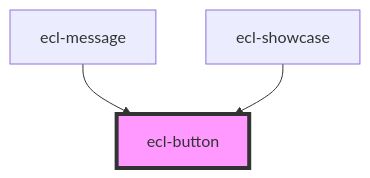
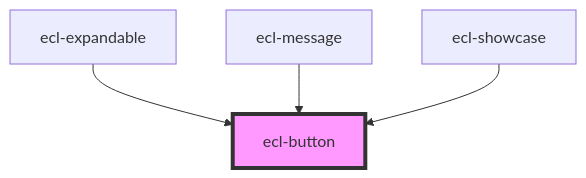
The diagram in src/components/ecl-button/readme.md (pnowak2/eui-ecl-webcomponents), drawn with Mermaid before and after one commit. The commit also changed other lines of this file and 6 other files, not shown here.

````diff
--- a/src/components/ecl-button/readme.md
+++ b/src/components/ecl-button/readme.md
@@ -24,6 +25,7 @@
 ```mermaid
 graph TD;
+  ecl-expandable --> ecl-button
   ecl-message --> ecl-button
   ecl-showcase --> ecl-button
   style ecl-button fill:#f9f,stroke:#333,stroke-width:4px
 ```
````
